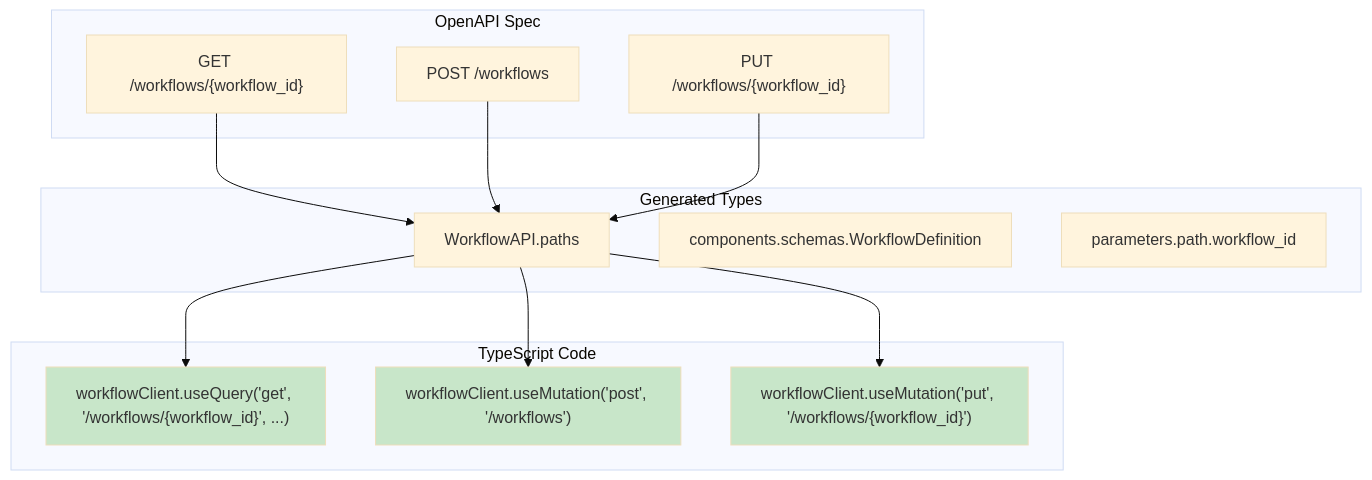
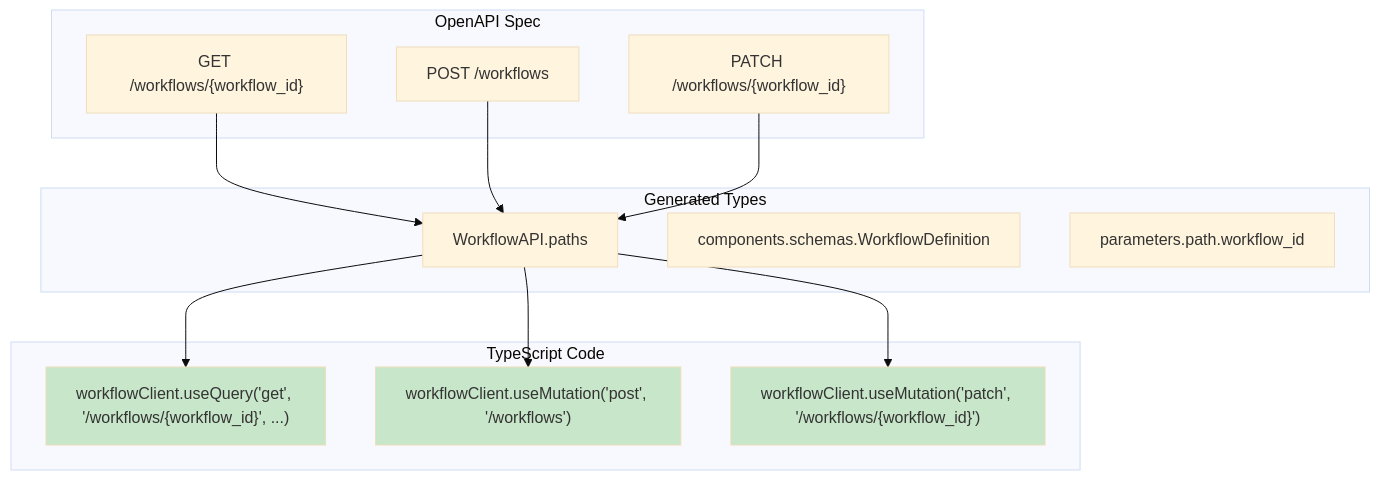
One commit to alinabuzachis/syntara changed the third of 10 diagrams in docs/data-flow.md. Above: the diagram before and after it, drawn with Mermaid (base theme). The commit also changed other lines of this file and 12 other files, not shown here.

````diff
--- a/docs/data-flow.md
+++ b/docs/data-flow.md
@@ -158,31 +158,31 @@
 ```mermaid
 flowchart TB
     subgraph API["OpenAPI Spec"]
         E1["GET /workflows/{workflow_id}"]
         E2["POST /workflows"]
-        E3["PUT /workflows/{workflow_id}"]
+        E3["PATCH /workflows/{workflow_id}"]
     end
 
     subgraph Gen["Generated Types"]
         P1[WorkflowAPI.paths]
         P2["components.schemas.WorkflowDefinition"]
         P3["parameters.path.workflow_id"]
     end
 
     subgraph Code["TypeScript Code"]
         C1["workflowClient.useQuery('get', '/workflows/{workflow_id}', ...)"]
         C2["workflowClient.useMutation('post', '/workflows')"]
-        C3["workflowClient.useMutation('put', '/workflows/{workflow_id}')"]
+        C3["workflowClient.useMutation('patch', '/workflows/{workflow_id}')"]
     end
 
     E1 --> P1
     E2 --> P1
     E3 --> P1
     P1 --> C1
     P1 --> C2
     P1 --> C3
 
     style C1 fill:#c8e6c9
     style C2 fill:#c8e6c9
     style C3 fill:#c8e6c9
 ```
````
